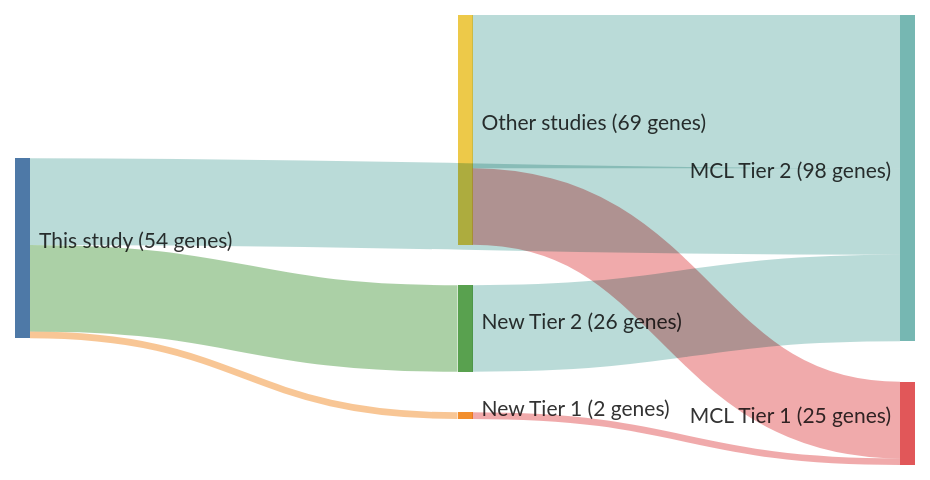
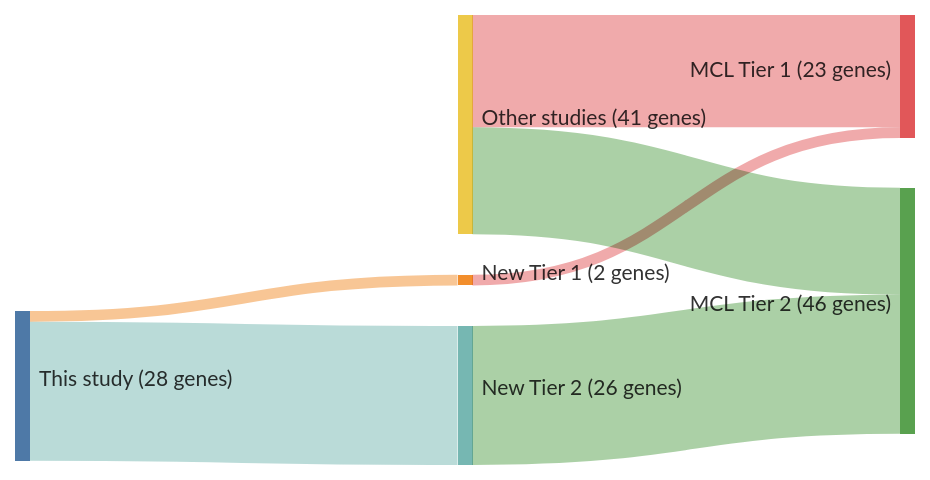
Before and after one commit to morinlab/lymphopedia: the diagram in papers/zhangGenomicLandscapeMantle2014.md, drawn with Mermaid. The commit also changed 81 other files, not shown here.

````diff
--- a/papers/zhangGenomicLandscapeMantle2014.md
+++ b/papers/zhangGenomicLandscapeMantle2014.md
@@ -12,21 +12,20 @@
 ```mermaid
 ---
 config:
     sankey:
         showValues: true
         linkColor: target
         width: 600
         height: 300
         nodeAlignment: right
         prefix: '('
         suffix: ' genes)'
 ---
 sankey-beta
 This study, New Tier 1, 2
 New Tier 1, MCL Tier 1, 2
-This study, MCL Tier 2, 26
 This study, New Tier 2, 26
 New Tier 2, MCL Tier 2, 26
-Other studies, MCL Tier 1, 23
-Other studies, MCL Tier 2, 46
+Other studies, MCL Tier 1, 21
+Other studies, MCL Tier 2, 20
 ```
````
